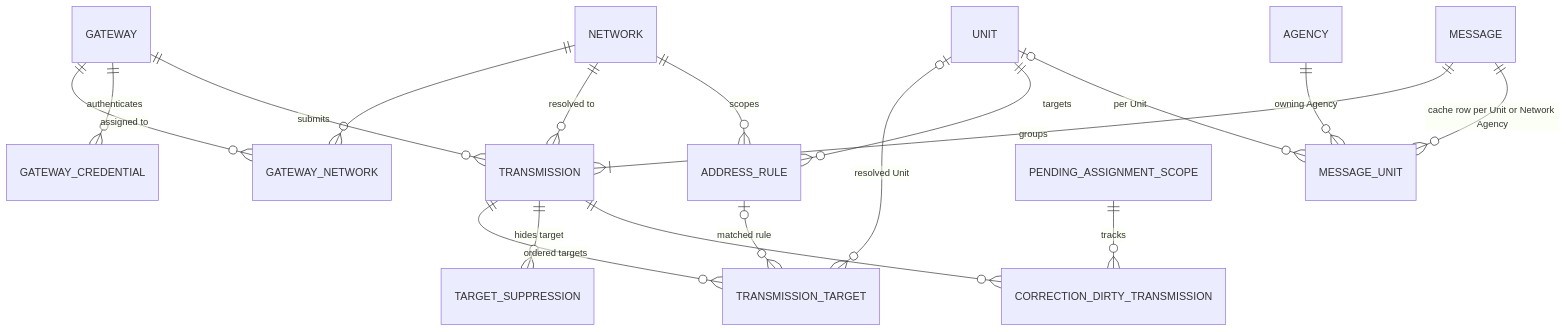
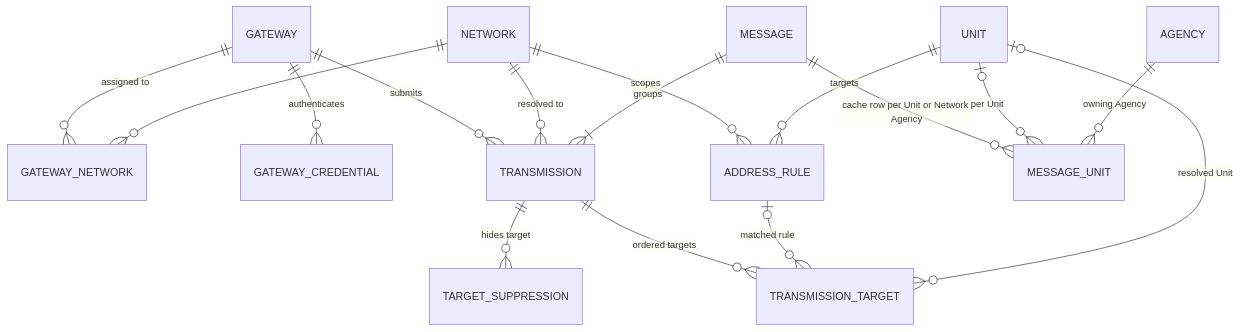
Before and after one commit to gopager/gopager: the fourth of 6 diagrams in docs/architecture.md, drawn with Mermaid. The commit also changed other lines of this file and 52 other files, not shown here.

````diff
--- a/docs/architecture.md
+++ b/docs/architecture.md
@@ -200,20 +200,18 @@
 ```mermaid
 erDiagram
     GATEWAY ||--o{ GATEWAY_NETWORK : "assigned to"
     NETWORK ||--o{ GATEWAY_NETWORK : ""
     GATEWAY ||--o{ GATEWAY_CREDENTIAL : authenticates
     GATEWAY ||--o{ TRANSMISSION : submits
     NETWORK ||--o{ TRANSMISSION : "resolved to"
     MESSAGE ||--|{ TRANSMISSION : groups
     TRANSMISSION ||--o{ TRANSMISSION_TARGET : "ordered targets"
     ADDRESS_RULE |o--o{ TRANSMISSION_TARGET : "matched rule"
     UNIT |o--o{ TRANSMISSION_TARGET : "resolved Unit"
     NETWORK ||--o{ ADDRESS_RULE : scopes
     UNIT ||--o{ ADDRESS_RULE : targets
     MESSAGE ||--o{ MESSAGE_UNIT : "cache row per Unit or Network Agency"
     UNIT |o--o{ MESSAGE_UNIT : "per Unit"
     AGENCY ||--o{ MESSAGE_UNIT : "owning Agency"
     TRANSMISSION ||--o{ TARGET_SUPPRESSION : "hides target"
-    PENDING_ASSIGNMENT_SCOPE ||--o{ CORRECTION_DIRTY_TRANSMISSION : tracks
-    TRANSMISSION ||--o{ CORRECTION_DIRTY_TRANSMISSION : ""
 ```
````
